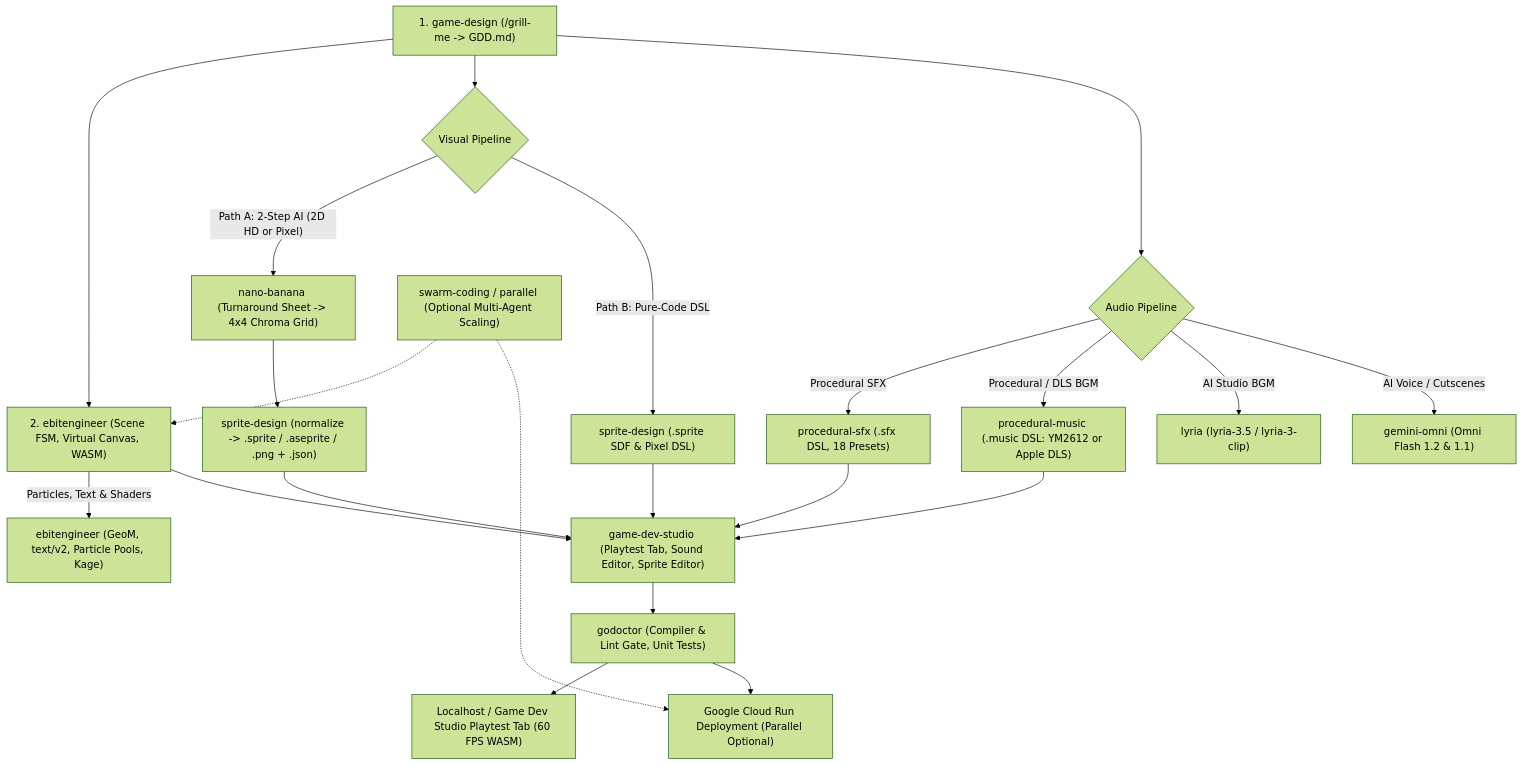
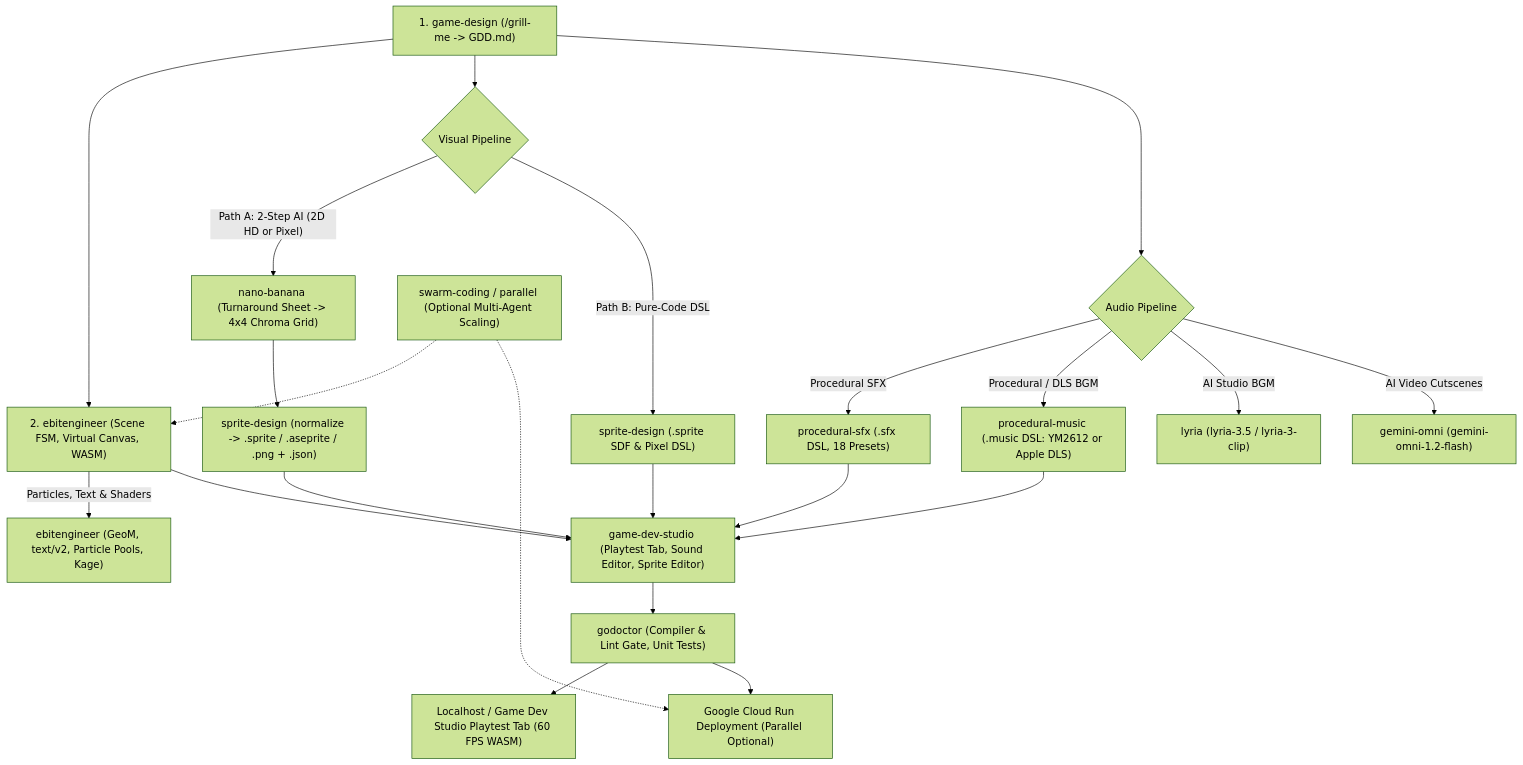
Before and after one commit to danicat/agy-game-studio: the diagram in skills/vibe-game-developer/SKILL.md, drawn with Mermaid (forest theme). The commit also changed other lines of this file and 12 other files, not shown here.

Commit message:
feat(gemini-omni): focus skill and omni.py on gemini-omni-1.2-flash and bump plugin to v0.3.0

````diff
--- a/skills/vibe-game-developer/SKILL.md
+++ b/skills/vibe-game-developer/SKILL.md
@@ -56,28 +56,28 @@
 ```mermaid
 flowchart TD
     Design["1. game-design (/grill-me -> GDD.md)"] --> Engine["2. ebitengineer (Scene FSM, Virtual Canvas, WASM)"]
     Design --> VisChoice{"Visual Pipeline"}
     Design --> AudChoice{"Audio Pipeline"}
 
     VisChoice -->|"Path A: 2-Step AI (2D HD or Pixel)"| Nano["nano-banana (Turnaround Sheet -> 4x4 Chroma Grid)"]
     Nano --> SpriteNorm["sprite-design (normalize -> .sprite / .aseprite / .png + .json)"]
     VisChoice -->|"Path B: Pure-Code DSL"| SpriteDSL["sprite-design (.sprite SDF & Pixel DSL)"]
     Engine -->|"Particles, Text & Shaders"| EngineVFX["ebitengineer (GeoM, text/v2, Particle Pools, Kage)"]
 
     AudChoice -->|"Procedural SFX"| ProcSFX["procedural-sfx (.sfx DSL, 18 Presets)"]
     AudChoice -->|"Procedural / DLS BGM"| ProcMus["procedural-music (.music DSL: YM2612 or Apple DLS)"]
     AudChoice -->|"AI Studio BGM"| Lyria["lyria (lyria-3.5 / lyria-3-clip)"]
-    AudChoice -->|"AI Voice / Cutscenes"| Omni["gemini-omni (Omni Flash 1.2 & 1.1)"]
+    AudChoice -->|"AI Video Cutscenes"| Omni["gemini-omni (gemini-omni-1.2-flash)"]
 
     Engine --> Studio["game-dev-studio (Playtest Tab, Sound Editor, Sprite Editor)"]
     SpriteNorm --> Studio
     SpriteDSL --> Studio
     ProcSFX --> Studio
     ProcMus --> Studio
 
     Studio --> QA["godoctor (Compiler & Lint Gate, Unit Tests)"]
     QA --> LocalTest["Localhost / Game Dev Studio Playtest Tab (60 FPS WASM)"]
     QA --> CloudRun["Google Cloud Run Deployment (Parallel Optional)"]
     Swarm["swarm-coding / parallel (Optional Multi-Agent Scaling)"] -.-> Engine
     Swarm -.-> CloudRun
 ```
````
